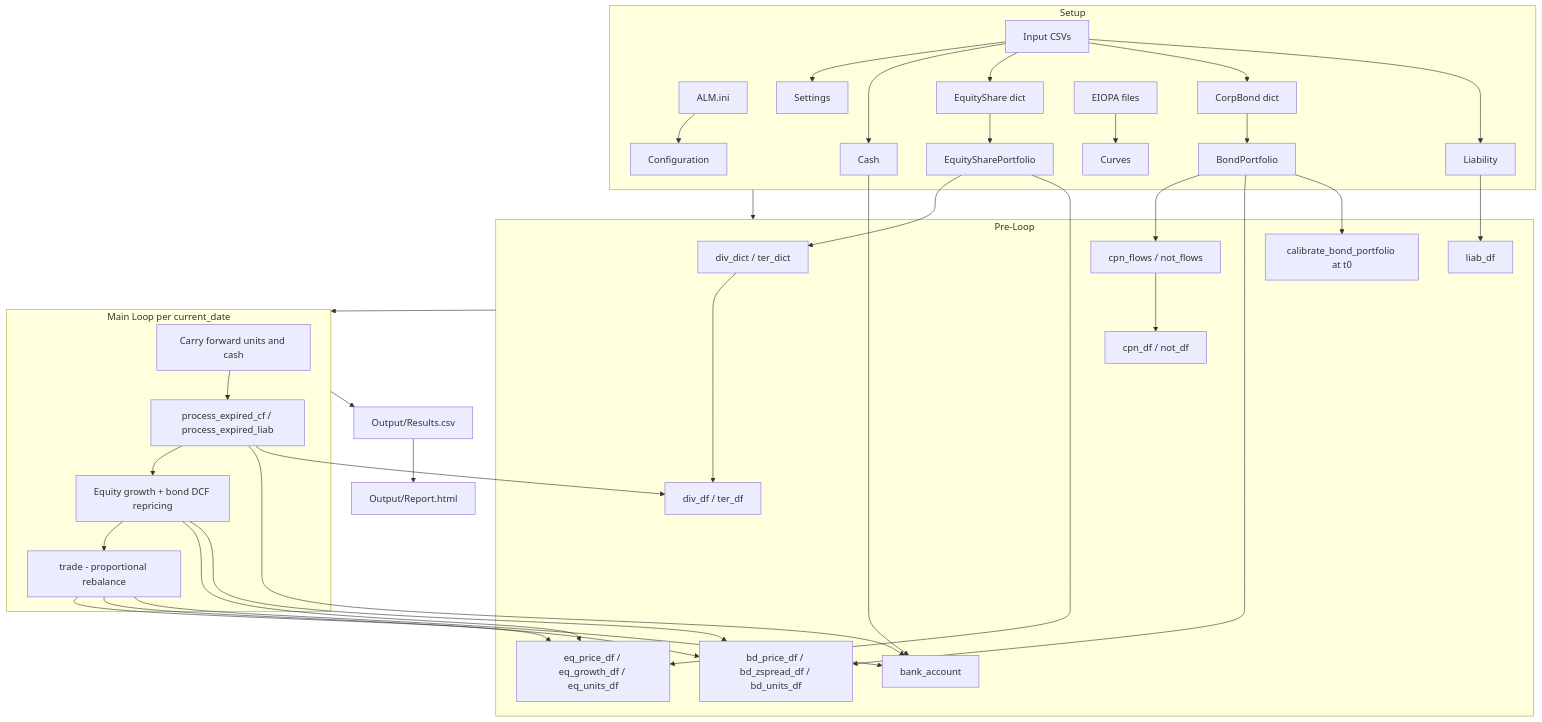
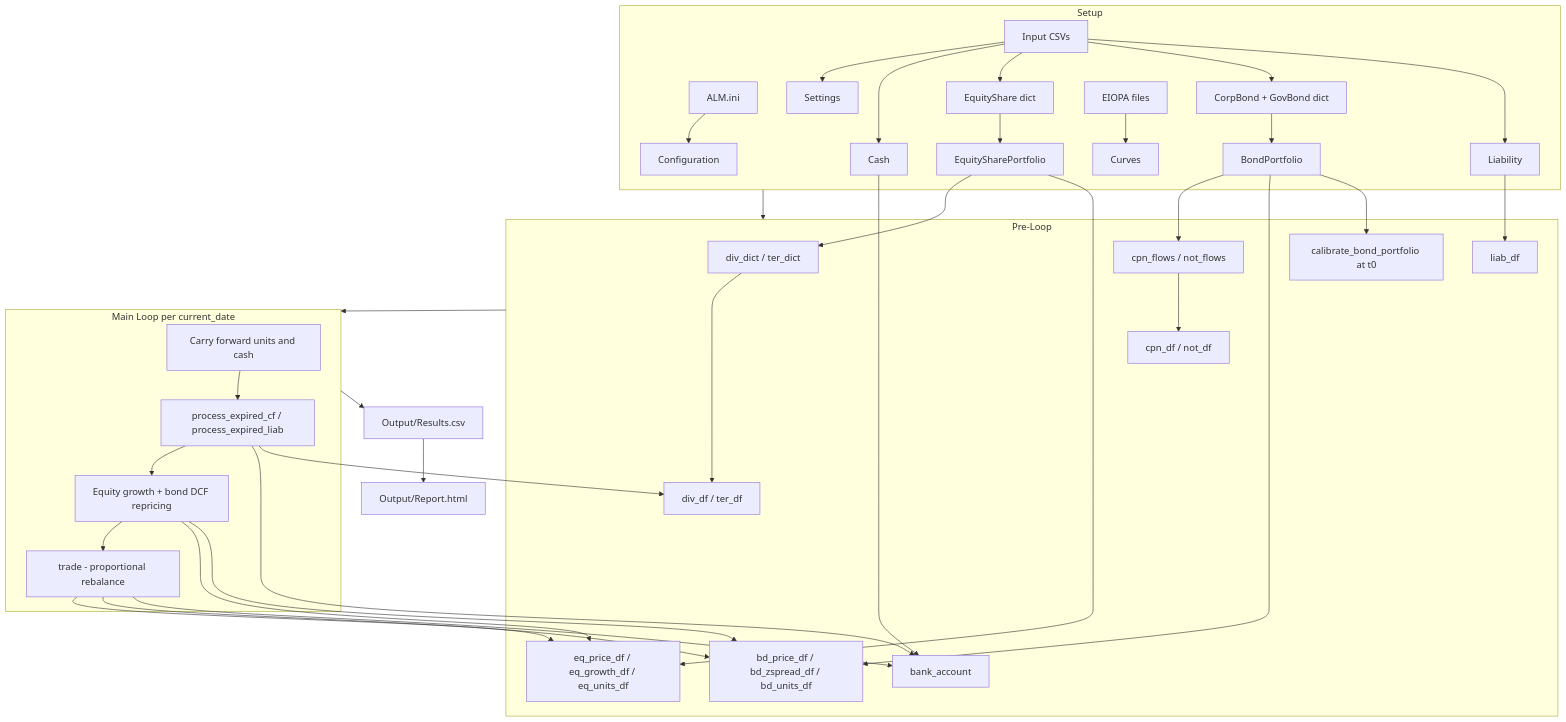
The diagram in AGENTS.md (open-source-modelling/Open_Source_Economic_Model), drawn with Mermaid before and after one commit. The commit also changed other lines of this file and 12 other files, not shown here.

````diff
--- a/AGENTS.md
+++ b/AGENTS.md
@@ -41,45 +41,45 @@
 ```mermaid
 flowchart TB
     subgraph setup [Setup]
         INI[ALM.ini] --> conf[Configuration]
         CSV[Input CSVs] --> settings[Settings]
         CSV --> cashObj[Cash]
         CSV --> eqInput[EquityShare dict]
-        CSV --> bdInput[CorpBond dict]
+        CSV --> bdInput[CorpBond + GovBond dict]
         CSV --> liabObj[Liability]
         EIOPA[EIOPA files] --> curves[Curves]
         eqInput --> eqPtf[EquitySharePortfolio]
         bdInput --> bdPtf[BondPortfolio]
     end
 
     subgraph preloop [Pre-Loop]
         eqPtf --> cfDicts[div_dict / ter_dict]
         bdPtf --> bondDicts[cpn_flows / not_flows]
         cfDicts --> cfDfs[div_df / ter_df]
         bondDicts --> bondDfs[cpn_df / not_df]
         liabObj --> liabDf[liab_df]
         eqPtf --> eqDfs[eq_price_df / eq_growth_df / eq_units_df]
         bdPtf --> bdDfs[bd_price_df / bd_zspread_df / bd_units_df]
         cashObj --> bankDf[bank_account]
         bdPtf --> calib[calibrate_bond_portfolio at t0]
     end
 
     subgraph loop [Main Loop per current_date]
         carry[Carry forward units and cash]
         expire[process_expired_cf / process_expired_liab]
         grow[Equity growth + bond DCF repricing]
         tradeFn[trade - proportional rebalance]
         carry --> expire --> grow --> tradeFn
         expire --> bankDf
         expire --> cfDfs
         grow --> eqDfs
         grow --> bdDfs
         tradeFn --> eqDfs
         tradeFn --> bdDfs
         tradeFn --> bankDf
     end
 
     setup --> preloop --> loop
     loop --> results[Output/Results.csv]
     results --> report[Output/Report.html]
 ```
````
